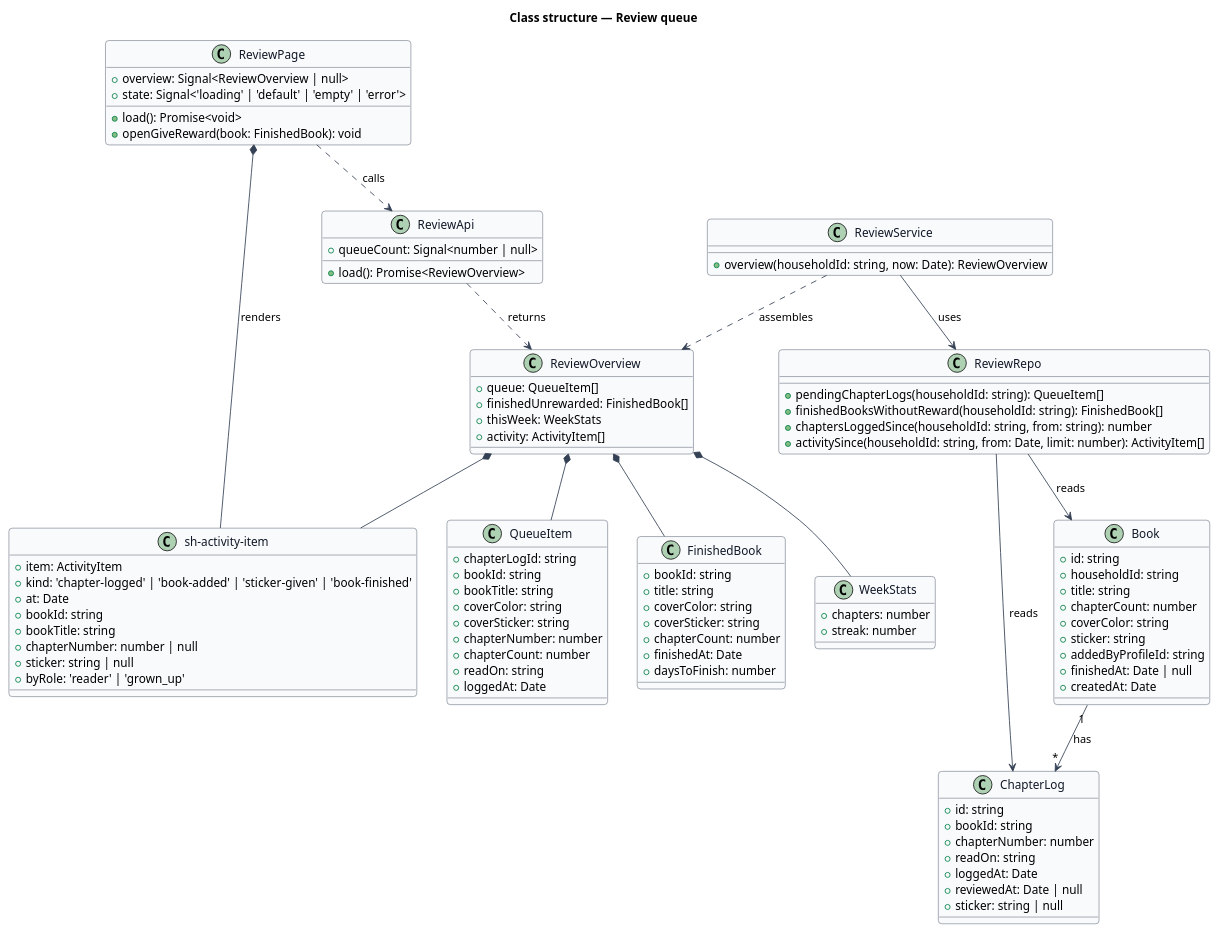
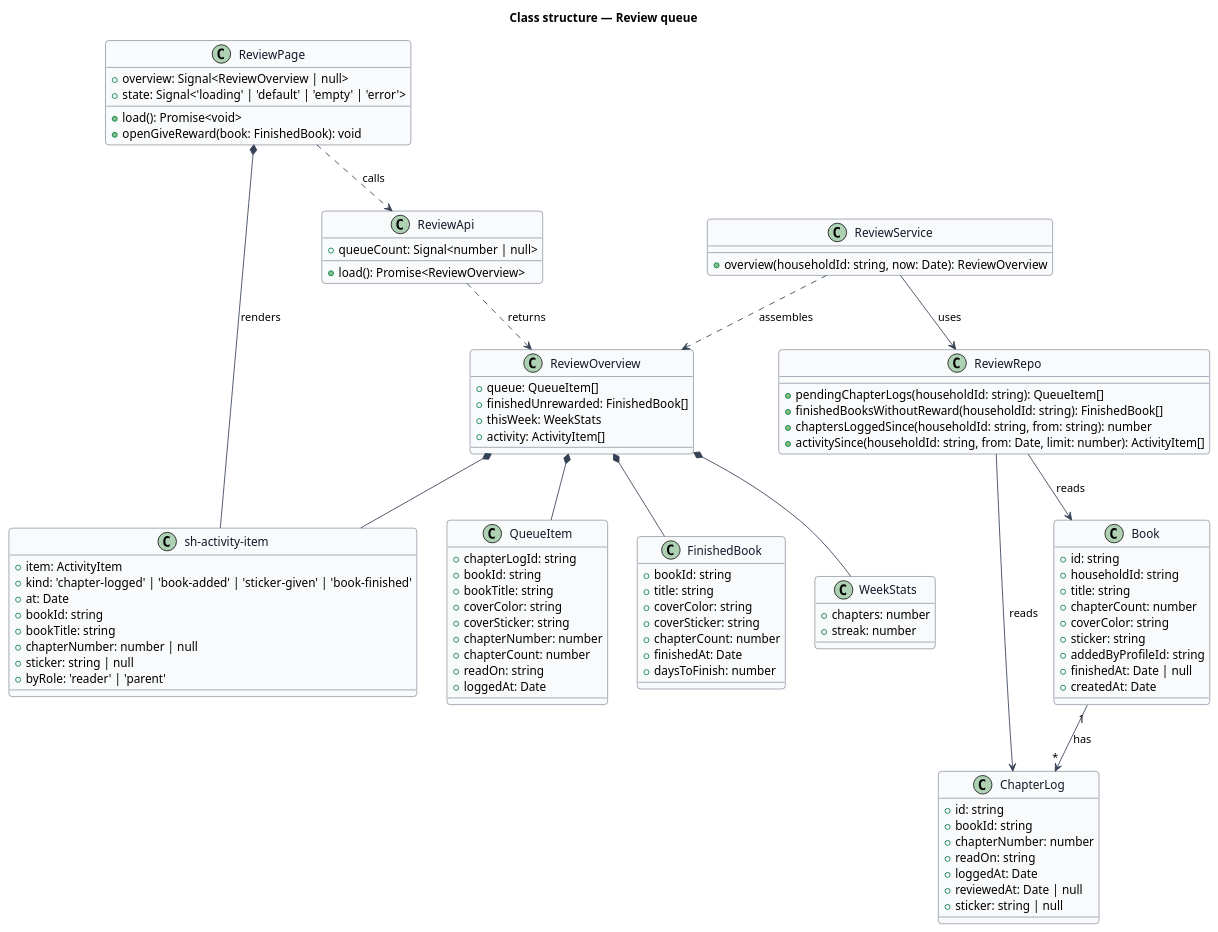
Before and after one commit to QuinntyneBrown/shelfie: the diagram in docs/detailed-designs/review/review-queue/diagrams/class-structure.puml, drawn with PlantUML. The commit also changed 313 other files, not shown here.

```diff
--- a/docs/detailed-designs/review/review-queue/diagrams/class-structure.puml
+++ b/docs/detailed-designs/review/review-queue/diagrams/class-structure.puml
@@ -1,119 +1,119 @@
 @startuml
 skinparam backgroundColor #FFFFFF
 skinparam shadowing false
 skinparam roundcorner 8
 skinparam defaultFontName Arial
 skinparam ArrowColor #344054
 skinparam class {
   BorderColor #344054
   FontColor #101828
   BackgroundColor #F9FAFB
 }
 title Class structure — Review queue
 
 class ReviewPage {
   +overview: Signal<ReviewOverview | null>
   +state: Signal<'loading' | 'default' | 'empty' | 'error'>
   +load(): Promise<void>
   +openGiveReward(book: FinishedBook): void
 }
 
 class "sh-activity-item" as ActivityItem {
   +item: ActivityItem
 }
 
 class ReviewApi {
   +queueCount: Signal<number | null>
   +load(): Promise<ReviewOverview>
 }
 
 class ReviewOverview {
   +queue: QueueItem[]
   +finishedUnrewarded: FinishedBook[]
   +thisWeek: WeekStats
   +activity: ActivityItem[]
 }
 
 class QueueItem {
   +chapterLogId: string
   +bookId: string
   +bookTitle: string
   +coverColor: string
   +coverSticker: string
   +chapterNumber: number
   +chapterCount: number
   +readOn: string
   +loggedAt: Date
 }
 
 class FinishedBook {
   +bookId: string
   +title: string
   +coverColor: string
   +coverSticker: string
   +chapterCount: number
   +finishedAt: Date
   +daysToFinish: number
 }
 
 class WeekStats {
   +chapters: number
   +streak: number
 }
 
 class ActivityItem {
   +kind: 'chapter-logged' | 'book-added' | 'sticker-given' | 'book-finished'
   +at: Date
   +bookId: string
   +bookTitle: string
   +chapterNumber: number | null
   +sticker: string | null
-  +byRole: 'reader' | 'grown_up'
+  +byRole: 'reader' | 'parent'
 }
 
 class ReviewService {
   +overview(householdId: string, now: Date): ReviewOverview
 }
 
 class ReviewRepo {
   +pendingChapterLogs(householdId: string): QueueItem[]
   +finishedBooksWithoutReward(householdId: string): FinishedBook[]
   +chaptersLoggedSince(householdId: string, from: string): number
   +activitySince(householdId: string, from: Date, limit: number): ActivityItem[]
 }
 
 class ChapterLog {
   +id: string
   +bookId: string
   +chapterNumber: number
   +readOn: string
   +loggedAt: Date
   +reviewedAt: Date | null
   +sticker: string | null
 }
 
 class Book {
   +id: string
   +householdId: string
   +title: string
   +chapterCount: number
   +coverColor: string
   +sticker: string
   +addedByProfileId: string
   +finishedAt: Date | null
   +createdAt: Date
 }
 
 ReviewPage *-- ActivityItem : renders
 ReviewPage ..> ReviewApi : calls
 ReviewApi ..> ReviewOverview : returns
 ReviewOverview *-- QueueItem
 ReviewOverview *-- FinishedBook
 ReviewOverview *-- WeekStats
 ReviewOverview *-- ActivityItem
 ReviewService ..> ReviewOverview : assembles
 ReviewService --> ReviewRepo : uses
 ReviewRepo --> ChapterLog : reads
 ReviewRepo --> Book : reads
 Book "1" --> "*" ChapterLog : has
 @enduml
```
